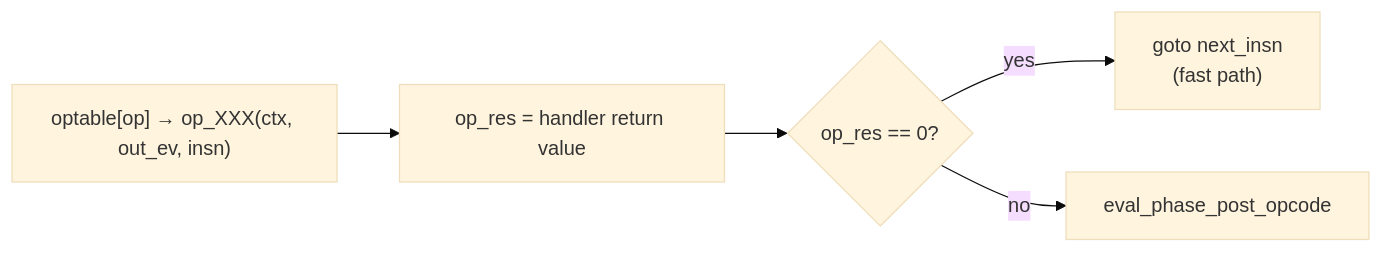
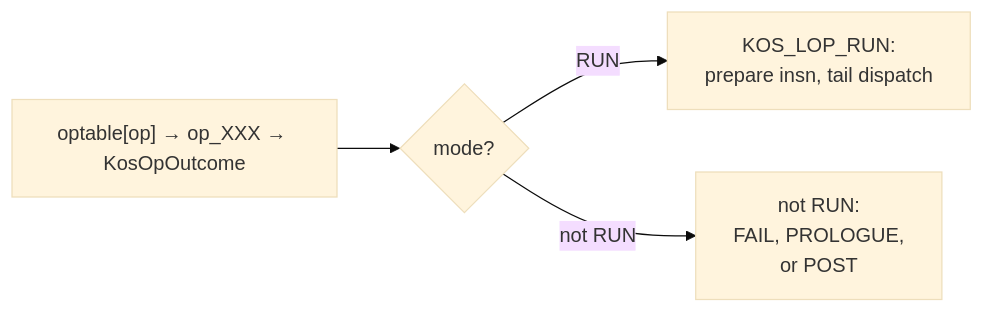
The fifth of 10 diagrams in design/EVALUATOR.md (koskari-lang/koskari), drawn with Mermaid (base theme) before and after one commit. The commit also changed other lines of this file and 2 other files, not shown here.

First line of the commit message:
docs: align EVALUATOR and OPCODES with KosOpOutcome and parent return

````diff
--- a/design/EVALUATOR.md
+++ b/design/EVALUATOR.md
@@ -212,12 +212,11 @@
 ```mermaid
 flowchart LR
-    dispatch["optable[op] → op_XXX(ctx, out_ev, insn)"]
-    op_res["op_res = handler return value"]
-    zero{"op_res == 0?"}
-    fast["goto next_insn<br/>(fast path)"]
-    post["eval_phase_post_opcode"]
+    dispatch["optable[op] → op_XXX → KosOpOutcome"]
+    mode{"mode?"}
+    fast["KOS_LOP_RUN:<br/>prepare insn, tail dispatch"]
+    other["not RUN:<br/>FAIL, PROLOGUE,<br/>or POST"]
 
-    dispatch --> op_res --> zero
-    zero -->|yes| fast
-    zero -->|no| post
+    dispatch --> mode
+    mode -->|RUN| fast
+    mode -->|not RUN| other
 ```
````
